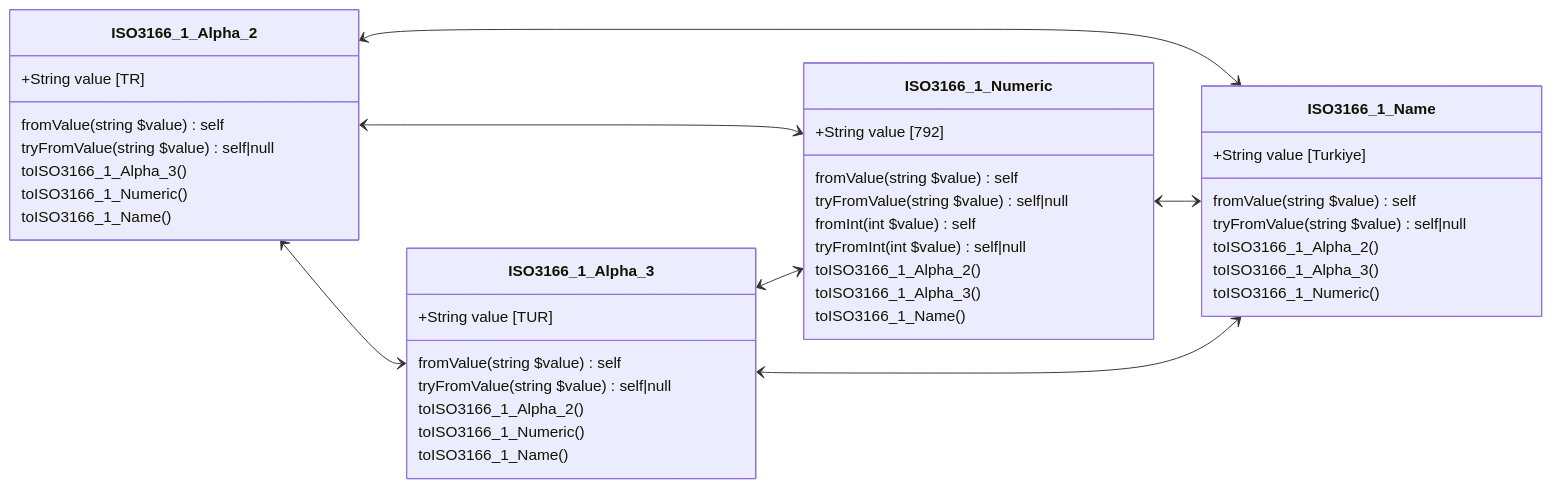
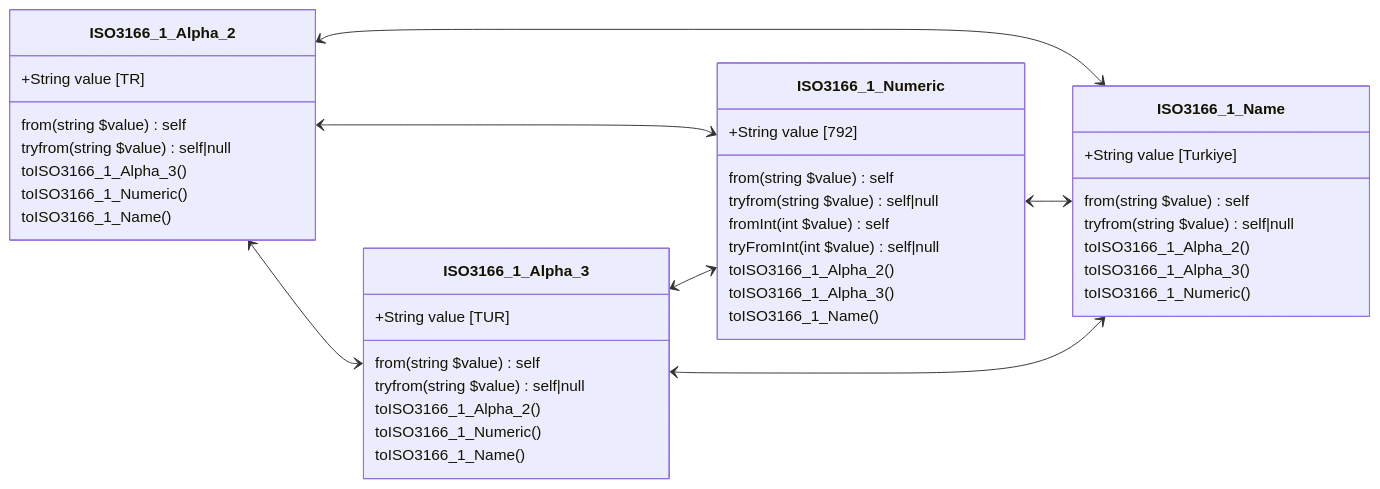
The first of 4 diagrams in README.md (PrinsFrank/standards), drawn with Mermaid before and after one commit. The commit also changed other lines of this file, not shown here.

Commit message:
Fix incorrect native method name in class diagrams

````diff
--- a/README.md
+++ b/README.md
@@ -29,45 +29,45 @@
 ```mermaid
 classDiagram
     direction LR
     class ISO3166_1_Alpha_2 {
         +String value [TR]
-        fromValue(string $value) self
-        tryFromValue(string $value) self|null
+        from(string $value) self
+        tryfrom(string $value) self|null
         toISO3166_1_Alpha_3()
         toISO3166_1_Numeric()
         toISO3166_1_Name()
     }
     class ISO3166_1_Alpha_3 {
         +String value [TUR]
-        fromValue(string $value) self
-        tryFromValue(string $value) self|null
+        from(string $value) self
+        tryfrom(string $value) self|null
         toISO3166_1_Alpha_2()
         toISO3166_1_Numeric()
         toISO3166_1_Name()
     }
     class ISO3166_1_Numeric {
         +String value [792]
-        fromValue(string $value) self
-        tryFromValue(string $value) self|null
+        from(string $value) self
+        tryfrom(string $value) self|null
         fromInt(int $value) self
         tryFromInt(int $value) self|null
         toISO3166_1_Alpha_2()
         toISO3166_1_Alpha_3()
         toISO3166_1_Name()
     }
     class ISO3166_1_Name {
         +String value [Turkiye]
-        fromValue(string $value) self
-        tryFromValue(string $value) self|null
+        from(string $value) self
+        tryfrom(string $value) self|null
         toISO3166_1_Alpha_2()
         toISO3166_1_Alpha_3()
         toISO3166_1_Numeric()
     }
     
     ISO3166_1_Alpha_2 <--> ISO3166_1_Alpha_3
     ISO3166_1_Alpha_2 <--> ISO3166_1_Numeric
     ISO3166_1_Alpha_2 <--> ISO3166_1_Name
     ISO3166_1_Alpha_3 <--> ISO3166_1_Numeric
     ISO3166_1_Numeric <--> ISO3166_1_Name
     ISO3166_1_Alpha_3 <--> ISO3166_1_Name
 ```
````
